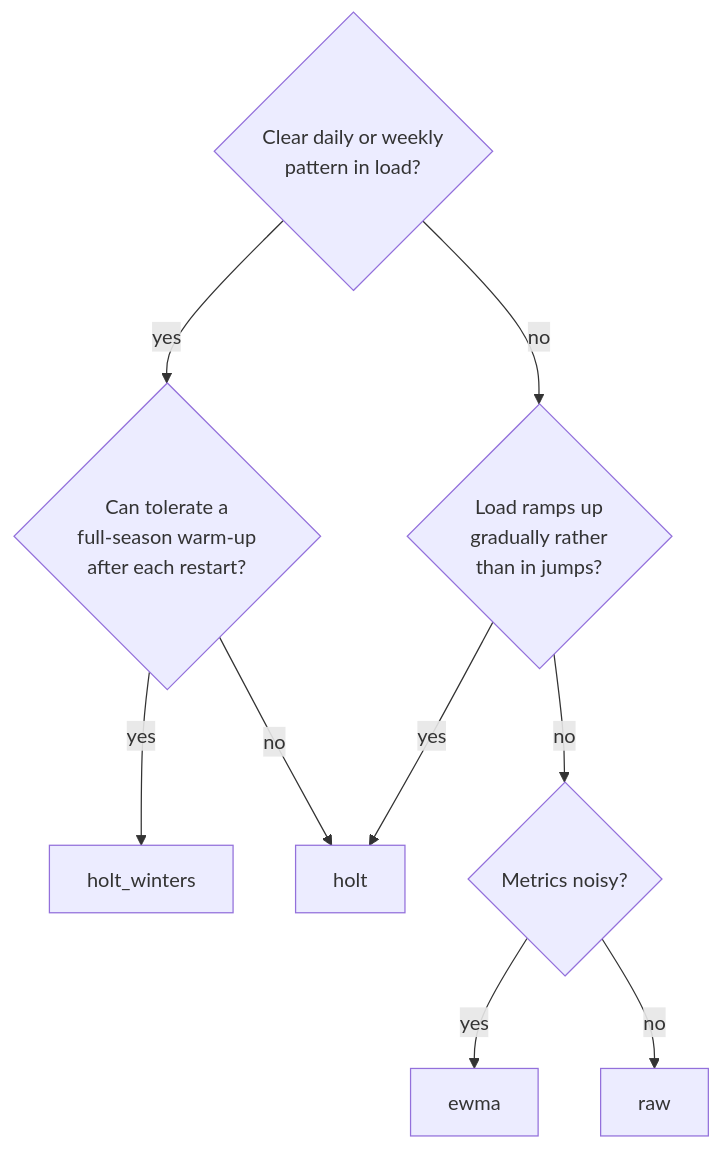
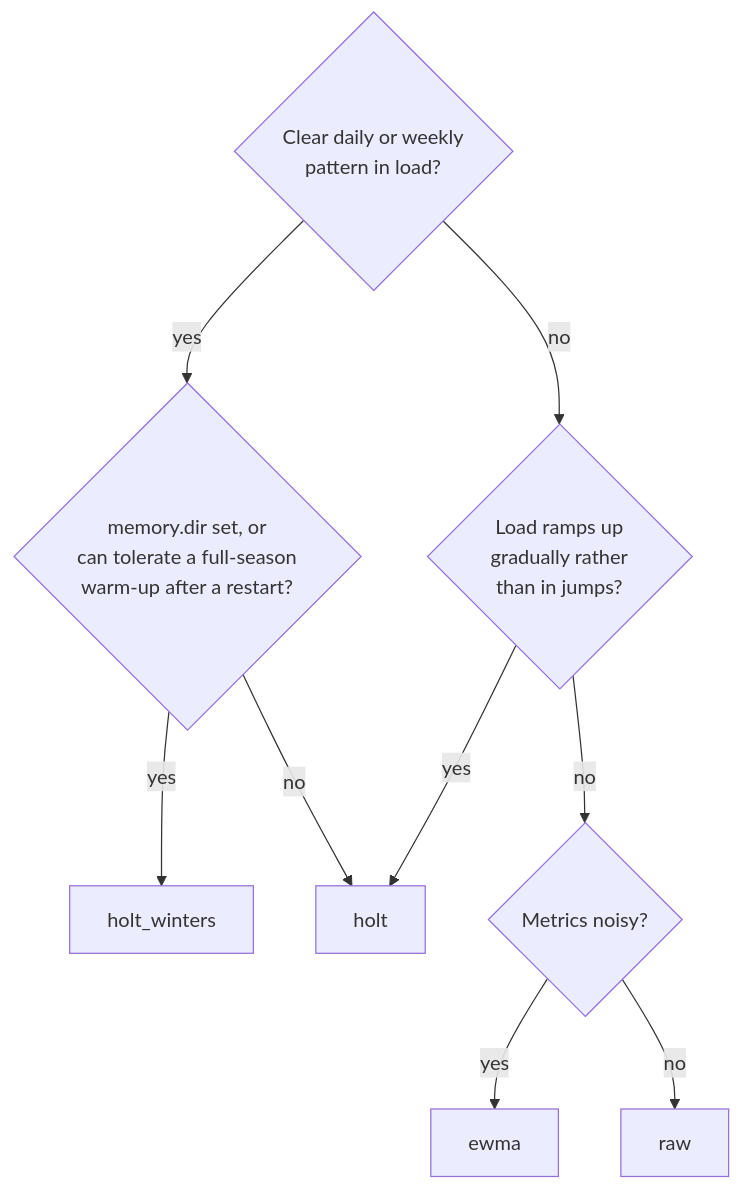
One commit to nadermedhet148/auto-scale changed the second of 2 diagrams in docs/models.md. Above: the diagram before and after it, drawn with Mermaid. The commit also changed other lines of this file and 50 other files, not shown here.

````diff
--- a/docs/models.md
+++ b/docs/models.md
@@ -137,11 +141,11 @@
 ```mermaid
 flowchart TD
-    q1{Clear daily or weekly<br/>pattern in load?} -->|yes| q2{Can tolerate a<br/>full-season warm-up<br/>after each restart?}
+    q1{Clear daily or weekly<br/>pattern in load?} -->|yes| q2{memory.dir set, or<br/>can tolerate a full-season<br/>warm-up after a restart?}
     q2 -->|yes| hw[holt_winters]
     q2 -->|no| holt[holt]
     q1 -->|no| q3{Load ramps up<br/>gradually rather<br/>than in jumps?}
     q3 -->|yes| holt
     q3 -->|no| q4{Metrics noisy?}
     q4 -->|yes| ewma[ewma]
     q4 -->|no| raw[raw]
 ```
````
